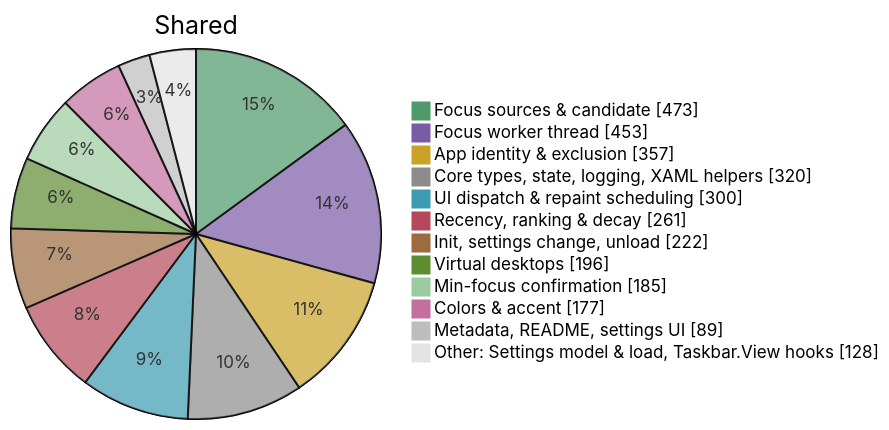
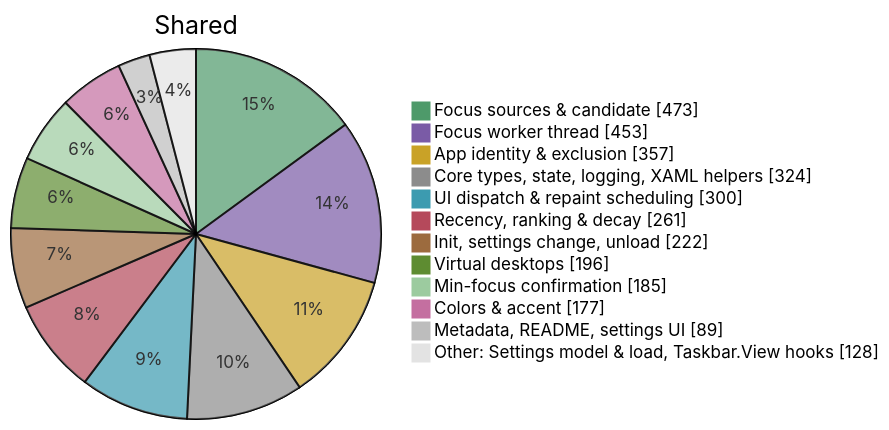
One commit to jvlasek/taskbar-recent-focus-highlight changed the fourth of 5 diagrams in doc/code/code-breakdown.md. Above: the diagram before and after it, drawn with Mermaid. The commit also changed other lines of this file and 5 other files, not shown here.

````diff
--- a/doc/code/code-breakdown.md
+++ b/doc/code/code-breakdown.md
@@ -134,16 +134,16 @@
 ```mermaid
 %%{init: {"themeVariables": {"pie1": "#4E9A6A", "pie2": "#7A5BA6", "pie3": "#C9A227", "pie4": "#8C8C8C", "pie5": "#3C9BB0", "pie6": "#B5495B", "pie7": "#9C6B3E", "pie8": "#5E8C31", "pie9": "#9CCB9F", "pie10": "#C46FA0", "pie11": "#BDBDBD", "pie12": "#E3E3E3", "pieOuterStrokeWidth": "1px"}}}%%
 pie showData title Shared
     "Focus sources & candidate" : 473
     "Focus worker thread" : 453
     "App identity & exclusion" : 357
-    "Core types, state, logging, XAML helpers" : 320
+    "Core types, state, logging, XAML helpers" : 324
     "UI dispatch & repaint scheduling" : 300
     "Recency, ranking & decay" : 261
     "Init, settings change, unload" : 222
     "Virtual desktops" : 196
     "Min-focus confirmation" : 185
     "Colors & accent" : 177
     "Metadata, README, settings UI" : 89
     "Other: Settings model & load, Taskbar.View hooks" : 128
 ```
````
